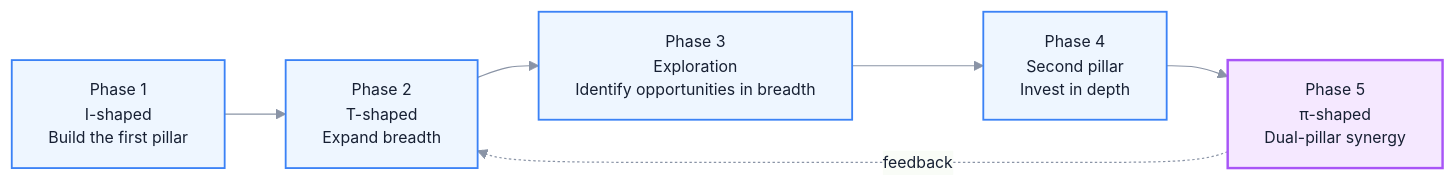
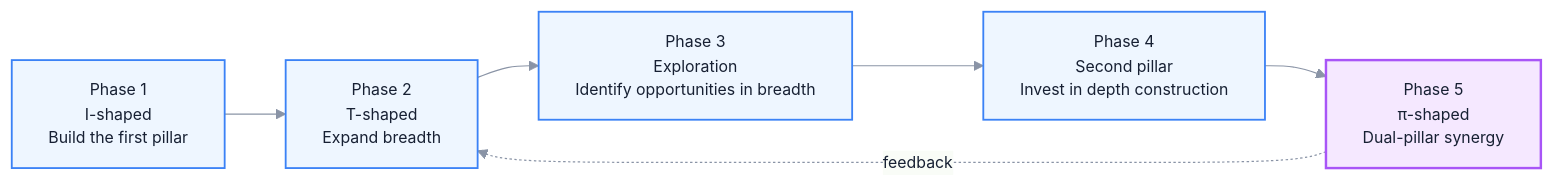
Before and after one commit to Fatejian/frontier-vault: the third of 3 diagrams in docs/en/career/capability-model.md, drawn with Mermaid. The commit also changed other lines of this file and 44 other files, not shown here.

````diff
--- a/docs/en/career/capability-model.md
+++ b/docs/en/career/capability-model.md
@@ -413,19 +417,19 @@
 ```mermaid
 %%{init: {'theme': 'base', 'themeVariables': { 'fontFamily': 'Inter, PingFang SC, Microsoft YaHei, sans-serif', 'primaryColor': '#F7F9FC', 'primaryTextColor': '#172033', 'primaryBorderColor': '#6EA8FE', 'lineColor': '#8A94A6', 'fontSize': '13px'}}}%%
 flowchart LR
     P1["Phase 1<br/>I-shaped<br/>Build the first pillar"]
     P2["Phase 2<br/>T-shaped<br/>Expand breadth"]
     P3["Phase 3<br/>Exploration<br/>Identify opportunities in breadth"]
-    P4["Phase 4<br/>Second pillar<br/>Invest in depth"]
+    P4["Phase 4<br/>Second pillar<br/>Invest in depth construction"]
     P5["Phase 5<br/>π-shaped<br/>Dual-pillar synergy"]
 
     P1 --> P2 --> P3 --> P4 --> P5
 
     P5 -. feedback .-> P2
 
     classDef stage fill:#EEF6FF,stroke:#3B82F6,color:#172033,stroke-width:1.5px;
     classDef pi fill:#F5E8FF,stroke:#A855F7,color:#172033,stroke-width:2px;
 
     class P1,P2,P3,P4 stage;
     class P5 pi;
 ```
````
